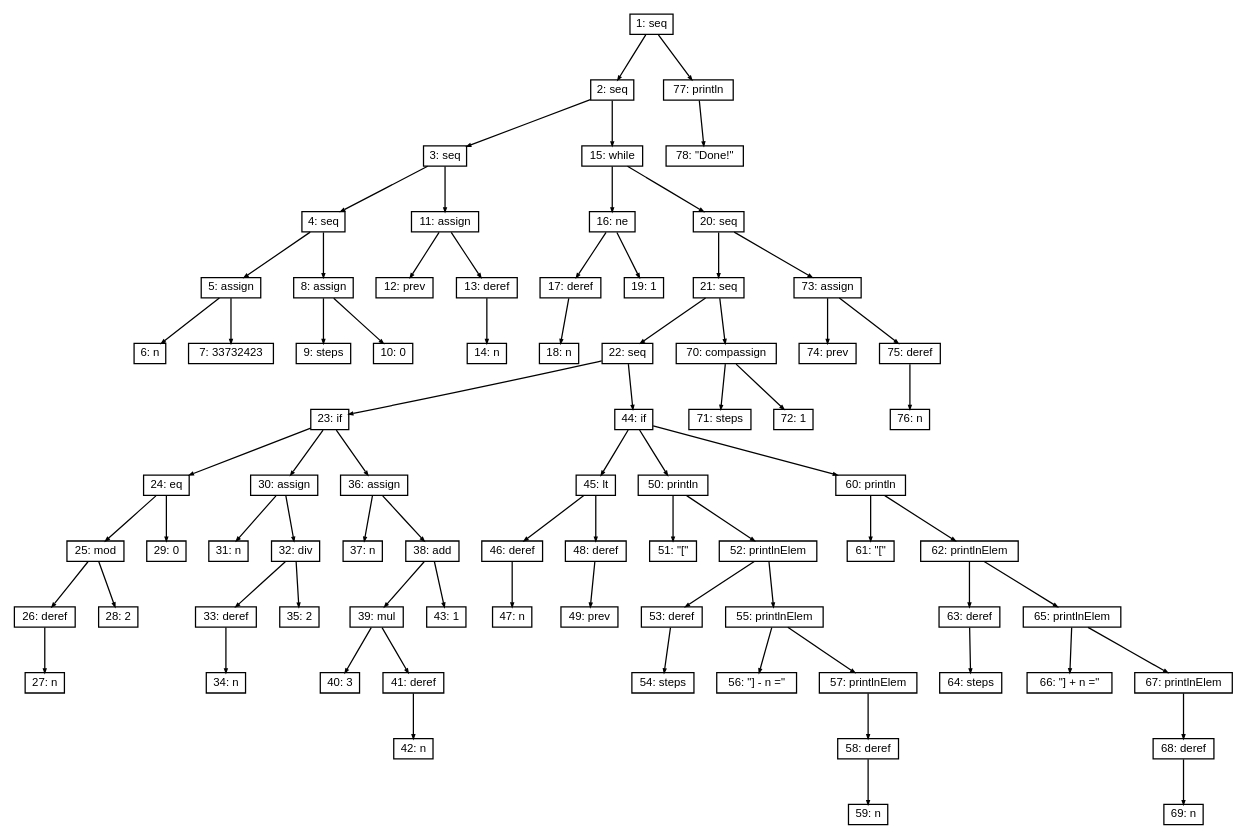
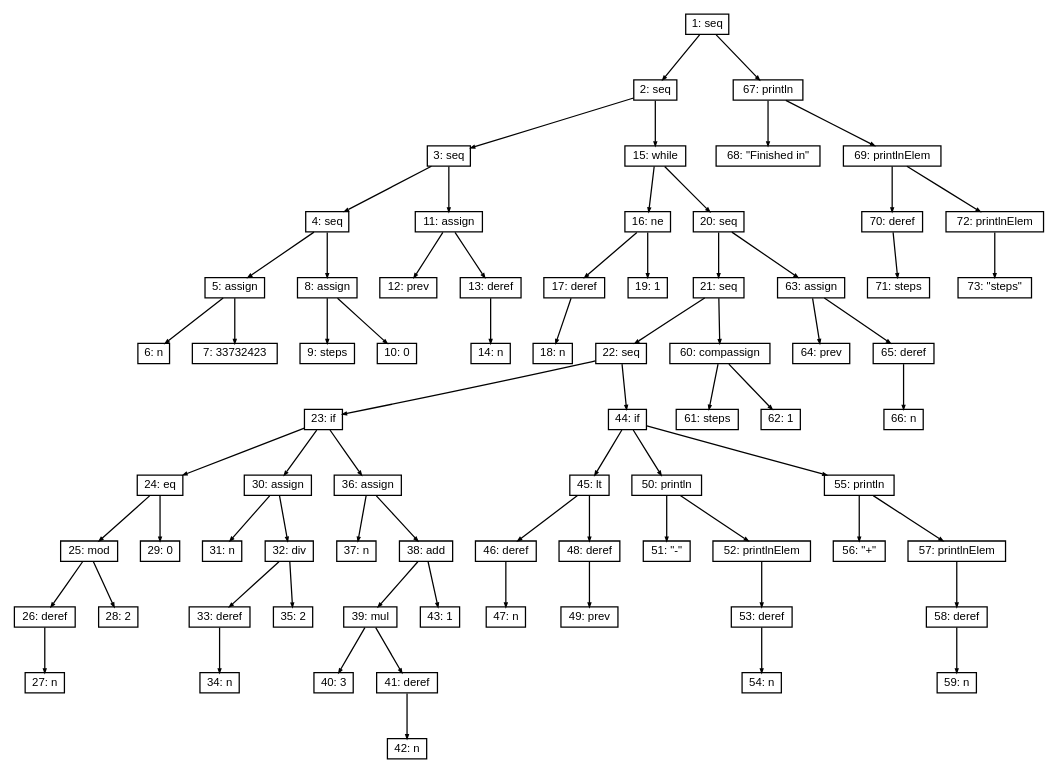
One commit to LemuelKL/HolloRay changed the diagram in rdt.dot. Above: the diagram before and after it, drawn with Graphviz. The commit also changed 5 other files, not shown here.

```diff
--- a/rdt.dot
+++ b/rdt.dot
@@ -1,161 +1,151 @@
 digraph "RDT" {
 node[fontname=Helvetica fontsize=9 shape=box height = 0 width = 0 margin= 0.04]
 graph[ordering=out]
 edge[arrowsize = 0.3]
 
 "1"  [label="1: seq"]
 "1"->"2"
 "2"  [label="2: seq"]
 "2"->"3"
 "3"  [label="3: seq"]
 "3"->"4"
 "4"  [label="4: seq"]
 "4"->"5"
 "5"  [label="5: assign"]
 "5"->"6"
 "6"  [label="6: n"]
 "5"->"7"
 "7"  [label="7: 33732423"]
 "4"->"8"
 "8"  [label="8: assign"]
 "8"->"9"
 "9"  [label="9: steps"]
 "8"->"10"
 "10"  [label="10: 0"]
 "3"->"11"
 "11"  [label="11: assign"]
 "11"->"12"
 "12"  [label="12: prev"]
 "11"->"13"
 "13"  [label="13: deref"]
 "13"->"14"
 "14"  [label="14: n"]
 "2"->"15"
 "15"  [label="15: while"]
 "15"->"16"
 "16"  [label="16: ne"]
 "16"->"17"
 "17"  [label="17: deref"]
 "17"->"18"
 "18"  [label="18: n"]
 "16"->"19"
 "19"  [label="19: 1"]
 "15"->"20"
 "20"  [label="20: seq"]
 "20"->"21"
 "21"  [label="21: seq"]
 "21"->"22"
 "22"  [label="22: seq"]
 "22"->"23"
 "23"  [label="23: if"]
 "23"->"24"
 "24"  [label="24: eq"]
 "24"->"25"
 "25"  [label="25: mod"]
 "25"->"26"
 "26"  [label="26: deref"]
 "26"->"27"
 "27"  [label="27: n"]
 "25"->"28"
 "28"  [label="28: 2"]
 "24"->"29"
 "29"  [label="29: 0"]
 "23"->"30"
 "30"  [label="30: assign"]
 "30"->"31"
 "31"  [label="31: n"]
 "30"->"32"
 "32"  [label="32: div"]
 "32"->"33"
 "33"  [label="33: deref"]
 "33"->"34"
 "34"  [label="34: n"]
 "32"->"35"
 "35"  [label="35: 2"]
 "23"->"36"
 "36"  [label="36: assign"]
 "36"->"37"
 "37"  [label="37: n"]
 "36"->"38"
 "38"  [label="38: add"]
 "38"->"39"
 "39"  [label="39: mul"]
 "39"->"40"
 "40"  [label="40: 3"]
 "39"->"41"
 "41"  [label="41: deref"]
 "41"->"42"
 "42"  [label="42: n"]
 "38"->"43"
 "43"  [label="43: 1"]
 "22"->"44"
 "44"  [label="44: if"]
 "44"->"45"
 "45"  [label="45: lt"]
 "45"->"46"
 "46"  [label="46: deref"]
 "46"->"47"
 "47"  [label="47: n"]
 "45"->"48"
 "48"  [label="48: deref"]
 "48"->"49"
 "49"  [label="49: prev"]
 "44"->"50"
 "50"  [label="50: println"]
 "50"->"51"
-"51"  [label="51: \"[\""]
+"51"  [label="51: \"-\""]
 "50"->"52"
 "52"  [label="52: printlnElem"]
 "52"->"53"
 "53"  [label="53: deref"]
 "53"->"54"
-"54"  [label="54: steps"]
-"52"->"55"
-"55"  [label="55: printlnElem"]
+"54"  [label="54: n"]
+"44"->"55"
+"55"  [label="55: println"]
 "55"->"56"
-"56"  [label="56: \"] - n =\""]
+"56"  [label="56: \"+\""]
 "55"->"57"
 "57"  [label="57: printlnElem"]
 "57"->"58"
 "58"  [label="58: deref"]
 "58"->"59"
 "59"  [label="59: n"]
-"44"->"60"
-"60"  [label="60: println"]
+"21"->"60"
+"60"  [label="60: compassign"]
 "60"->"61"
-"61"  [label="61: \"[\""]
+"61"  [label="61: steps"]
 "60"->"62"
-"62"  [label="62: printlnElem"]
-"62"->"63"
-"63"  [label="63: deref"]
+"62"  [label="62: 1"]
+"20"->"63"
+"63"  [label="63: assign"]
 "63"->"64"
-"64"  [label="64: steps"]
-"62"->"65"
-"65"  [label="65: printlnElem"]
+"64"  [label="64: prev"]
+"63"->"65"
+"65"  [label="65: deref"]
 "65"->"66"
-"66"  [label="66: \"] + n =\""]
-"65"->"67"
-"67"  [label="67: printlnElem"]
+"66"  [label="66: n"]
+"1"->"67"
+"67"  [label="67: println"]
 "67"->"68"
-"68"  [label="68: deref"]
-"68"->"69"
-"69"  [label="69: n"]
-"21"->"70"
-"70"  [label="70: compassign"]
+"68"  [label="68: \"Finished in\""]
+"67"->"69"
+"69"  [label="69: printlnElem"]
+"69"->"70"
+"70"  [label="70: deref"]
 "70"->"71"
 "71"  [label="71: steps"]
-"70"->"72"
-"72"  [label="72: 1"]
-"20"->"73"
-"73"  [label="73: assign"]
-"73"->"74"
-"74"  [label="74: prev"]
-"73"->"75"
-"75"  [label="75: deref"]
-"75"->"76"
-"76"  [label="76: n"]
-"1"->"77"
-"77"  [label="77: println"]
-"77"->"78"
-"78"  [label="78: \"Done!\""]
+"69"->"72"
+"72"  [label="72: printlnElem"]
+"72"->"73"
+"73"  [label="73: \"steps\""]
 }
```
